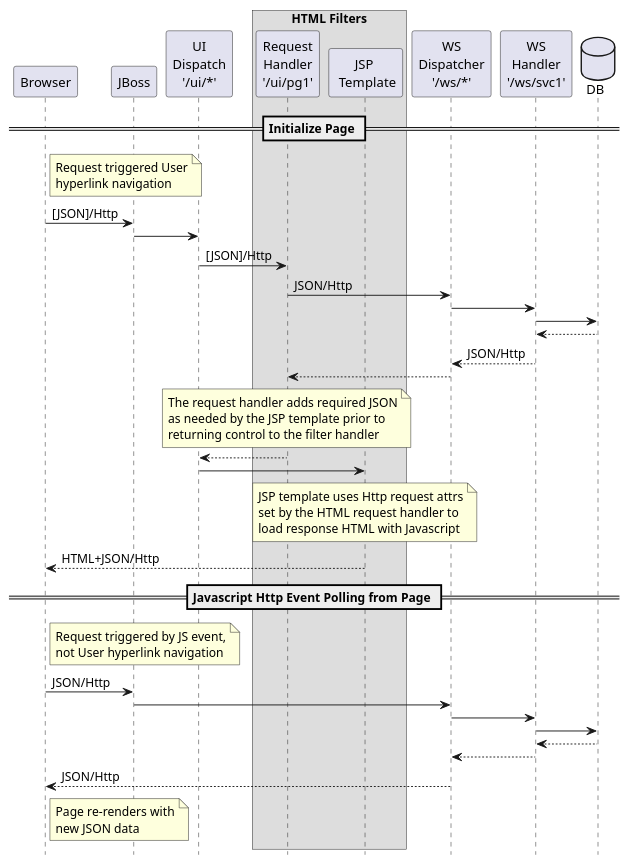
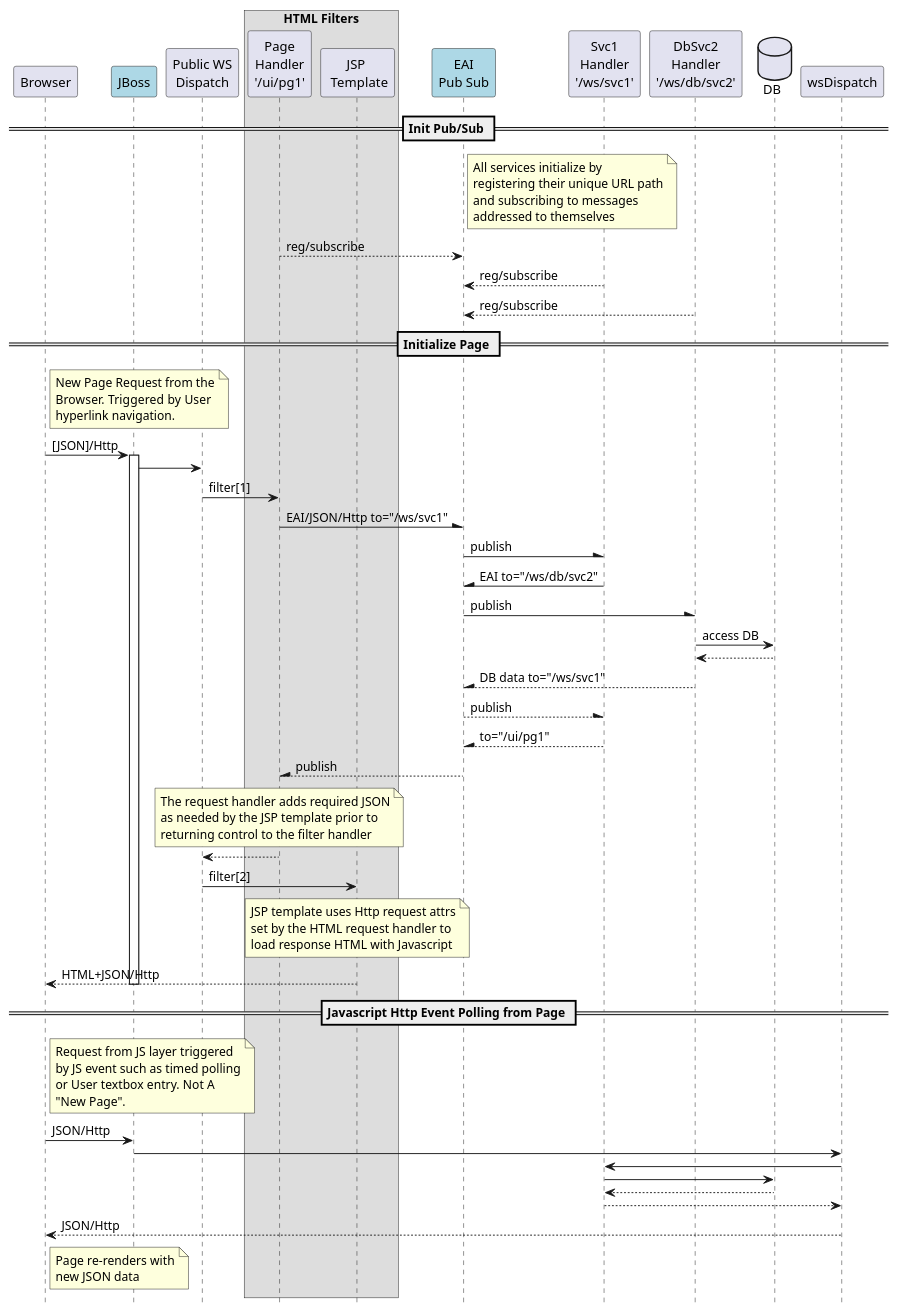
The diagram in js-micro-nosql/doc/top-level-seq.puml (jimcoles/code-testbeds), drawn with PlantUML before and after one commit. The commit also changed 110 other files, not shown here.

```diff
--- a/js-micro-nosql/doc/top-level-seq.puml
+++ b/js-micro-nosql/doc/top-level-seq.puml
@@ -1,67 +1,92 @@
 @startuml
 hide footbox
 skinparam EntityJustify Center
 
 participant Browser
-participant JBoss
-participant "UI\nDispatch\n'/ui/*'" as uiDispatch
+participant JBoss #lightblue
+participant "Public WS\nDispatch" as pubDispatch
 box "HTML Filters"
-    participant "Request\nHandler\n'/ui/pg1'" as htmlHandler
+    participant "Page\nHandler\n'/ui/pg1'" as htmlHandler
     participant "JSP \n Template" as jspTemplate
 end box
-participant "WS\nDispatcher\n'/ws/*'" as wsDispatch
-participant "WS\nHandler\n'/ws/svc1'" as wsHandler
+
+participant "EAI\nPub Sub" as eaiPubSub #lightblue
+participant "Svc1\nHandler\n'/ws/svc1'" as wsHandler
+participant "DbSvc2\nHandler\n'/ws/db/svc2'" as dbHandler
 
 database "DB"
 
 ' -----
 
+== Init Pub/Sub ==
+
+note right eaiPubSub
+  All services initialize by
+  registering their unique URL path
+  and subscribing to messages
+  addressed to themselves
+end note
+htmlHandler --> eaiPubSub: reg/subscribe
+wsHandler --> eaiPubSub: reg/subscribe
+dbHandler --> eaiPubSub: reg/subscribe
+
+
 == Initialize Page ==
 
 note right Browser
- Request triggered User
- hyperlink navigation
+  New Page Request from the
+  Browser. Triggered by User
+  hyperlink navigation.
 end note
 Browser -> JBoss: [JSON]/Http
-JBoss -> uiDispatch:
 
-uiDispatch -> htmlHandler: [JSON]/Http
-htmlHandler -> wsDispatch: JSON/Http
+activate JBoss
 
-wsDispatch -> wsHandler
-wsHandler -> DB
-DB --> wsHandler
-wsHandler --> wsDispatch: JSON/Http
-wsDispatch --> htmlHandler
+JBoss -> pubDispatch:
+pubDispatch -> htmlHandler: filter[1]
+htmlHandler -\ eaiPubSub: EAI/JSON/Http to="/ws/svc1"
+eaiPubSub -\ wsHandler: publish
+wsHandler -\ eaiPubSub: EAI to="/ws/db/svc2"
+eaiPubSub -\ dbHandler: publish
+dbHandler -> DB: access DB
+DB --> dbHandler
+dbHandler --\ eaiPubSub: DB data to="/ws/svc1"
+eaiPubSub --\ wsHandler: publish
+wsHandler --\ eaiPubSub: to="/ui/pg1"
+eaiPubSub --\ htmlHandler: publish
 note over htmlHandler
  The request handler adds required JSON
  as needed by the JSP template prior to
  returning control to the filter handler
 end note
-htmlHandler --> uiDispatch:
-uiDispatch -> jspTemplate
+htmlHandler --> pubDispatch:
+pubDispatch -> jspTemplate: filter[2]
 note over jspTemplate
  JSP template uses Http request attrs
  set by the HTML request handler to
  load response HTML with Javascript
 end note
 jspTemplate --> Browser: HTML+JSON/Http
 
+deactivate JBoss
+
 == Javascript Http Event Polling from Page ==
 
 note right Browser
- Request triggered by JS event,
- not User hyperlink navigation
+  Request from JS layer triggered
+  by JS event such as timed polling
+  or User textbox entry. Not A
+  "New Page".
 end note
 Browser -> JBoss: JSON/Http
 JBoss -> wsDispatch
 wsDispatch -> wsHandler
 wsHandler -> DB
 DB --> wsHandler
 wsHandler --> wsDispatch
 wsDispatch --> Browser: JSON/Http
 note right Browser
  Page re-renders with
  new JSON data
 end note
 @enduml
```
